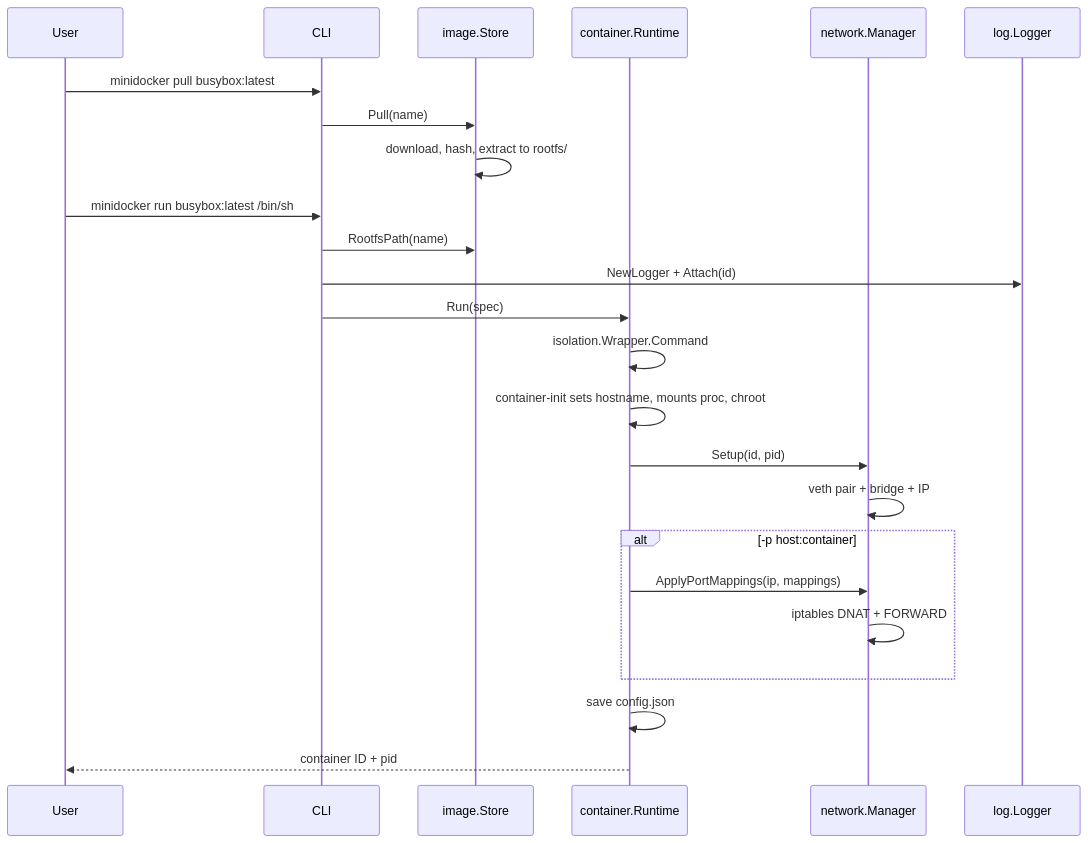
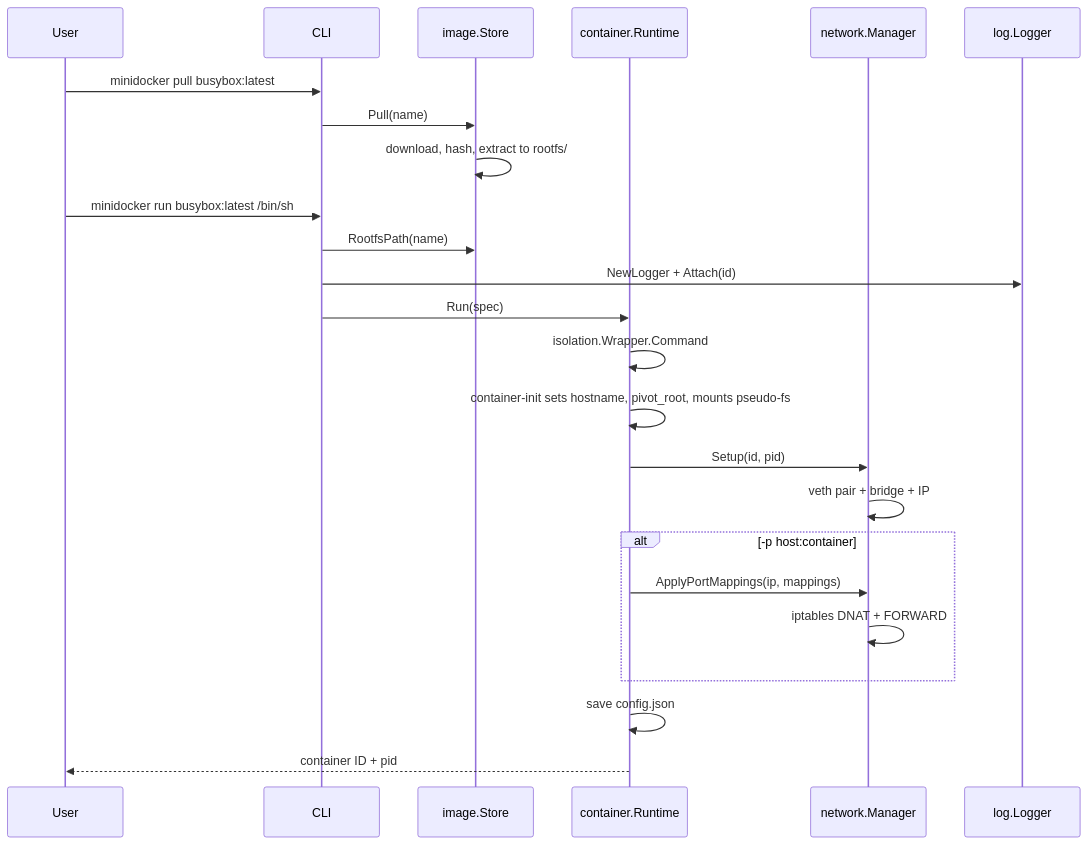
One commit to dannysecurity/minidocker changed the third of 6 diagrams in README.md. Above: the diagram before and after it, drawn with Mermaid. The commit also changed other lines of this file and 7 other files, not shown here.

First line of the commit message:
Strengthen isolation wrapper with pivot_root and essential mounts

````diff
--- a/README.md
+++ b/README.md
@@ -171,28 +171,28 @@
 ```mermaid
 sequenceDiagram
   participant User
   participant CLI
   participant Image as image.Store
   participant Runtime as container.Runtime
   participant Net as network.Manager
   participant Logger as log.Logger
 
   User->>CLI: minidocker pull busybox:latest
   CLI->>Image: Pull(name)
   Image->>Image: download, hash, extract to rootfs/
 
   User->>CLI: minidocker run busybox:latest /bin/sh
   CLI->>Image: RootfsPath(name)
   CLI->>Logger: NewLogger + Attach(id)
   CLI->>Runtime: Run(spec)
   Runtime->>Runtime: isolation.Wrapper.Command
-  Runtime->>Runtime: container-init sets hostname, mounts proc, chroot
+  Runtime->>Runtime: container-init sets hostname, pivot_root, mounts pseudo-fs
   Runtime->>Net: Setup(id, pid)
   Net->>Net: veth pair + bridge + IP
   alt -p host:container
     Runtime->>Net: ApplyPortMappings(ip, mappings)
     Net->>Net: iptables DNAT + FORWARD
   end
   Runtime->>Runtime: save config.json
   Runtime-->>User: container ID + pid
 ```
````
